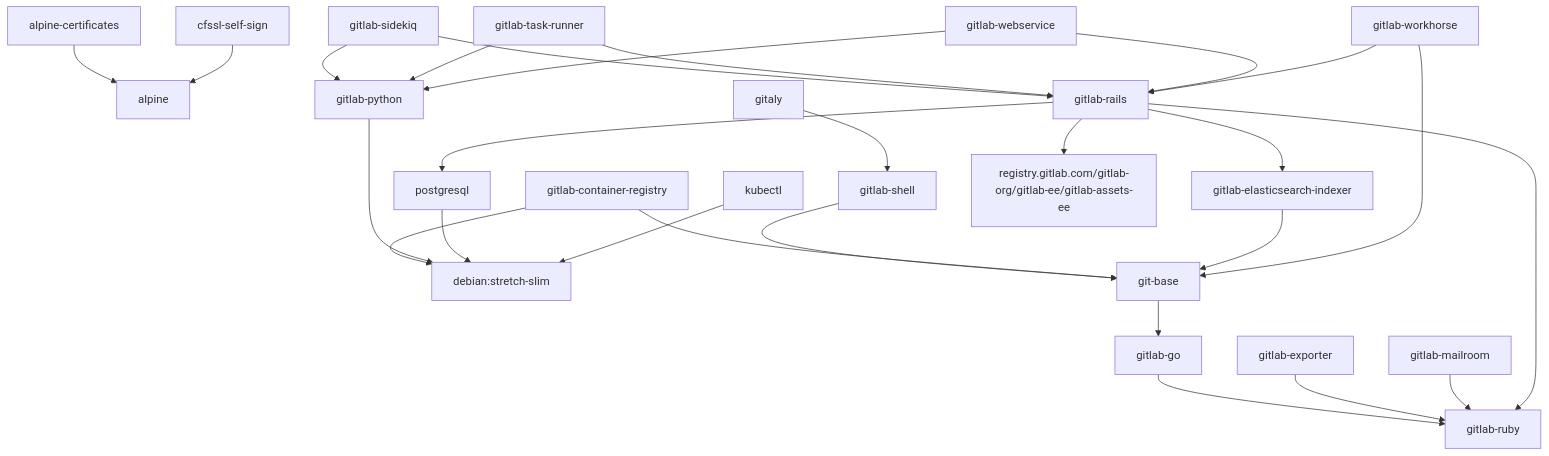
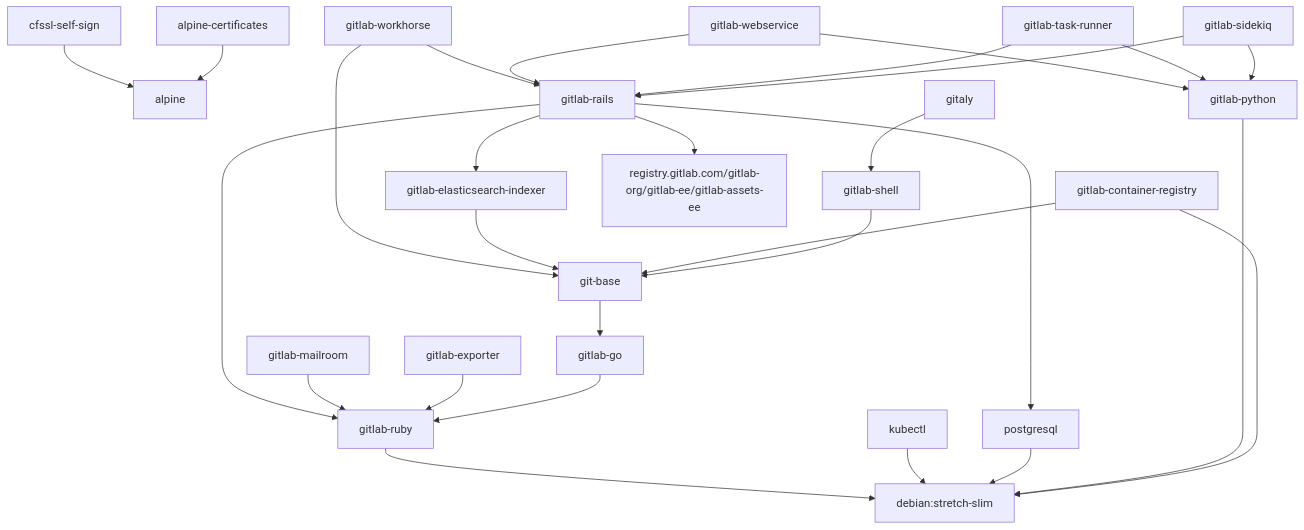
Before and after one commit to tachyons/gitlab-pages: the diagram in docs/build.md, drawn with Mermaid.

Commit message:
Apply 1 suggestion(s) to 1 file(s)

````diff
--- a/docs/build.md
+++ b/docs/build.md
@@ -105,36 +105,36 @@
 ```mermaid
 graph TD;
   alpine-certificates-->alpine;
   cfssl-self-sign-->alpine;
   gitlab-container-registry-->debian:stretch-slim;
   gitlab-python-->debian:stretch-slim;
   postgresql-->debian:stretch-slim;
   kubectl-->debian:stretch-slim;
 
   gitlab-sidekiq-->gitlab-python;
   gitlab-task-runner-->gitlab-python;
   gitlab-webservice-->gitlab-python;
 
   gitlab-rails-->postgresql;
 
-  gitlab-ruby;
+  gitlab-ruby-->debian:stretch-slim;
   gitlab-go-->gitlab-ruby;
   git-base-->gitlab-go;
   gitlab-shell-->git-base;
   gitaly-->gitlab-shell;
 
   gitlab-container-registry-->git-base;
   gitlab-elasticsearch-indexer-->git-base;
   gitlab-rails-->gitlab-elasticsearch-indexer;
   gitlab-workhorse-->git-base;
   gitlab-exporter-->gitlab-ruby;
   gitlab-mailroom-->gitlab-ruby;
   gitlab-rails-->gitlab-ruby;
 
   gitlab-sidekiq-->gitlab-rails;
   gitlab-task-runner-->gitlab-rails;
   gitlab-webservice-->gitlab-rails;
   gitlab-workhorse-->gitlab-rails;
 
   gitlab-rails-->registry.gitlab.com/gitlab-org/gitlab-ee/gitlab-assets-ee
 ```
````
